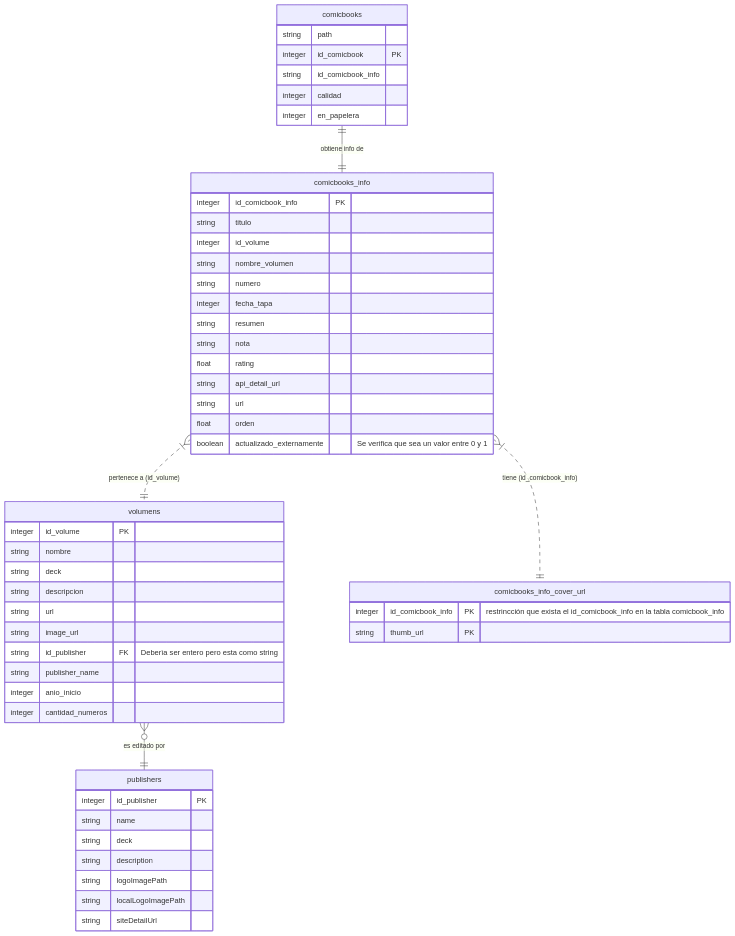
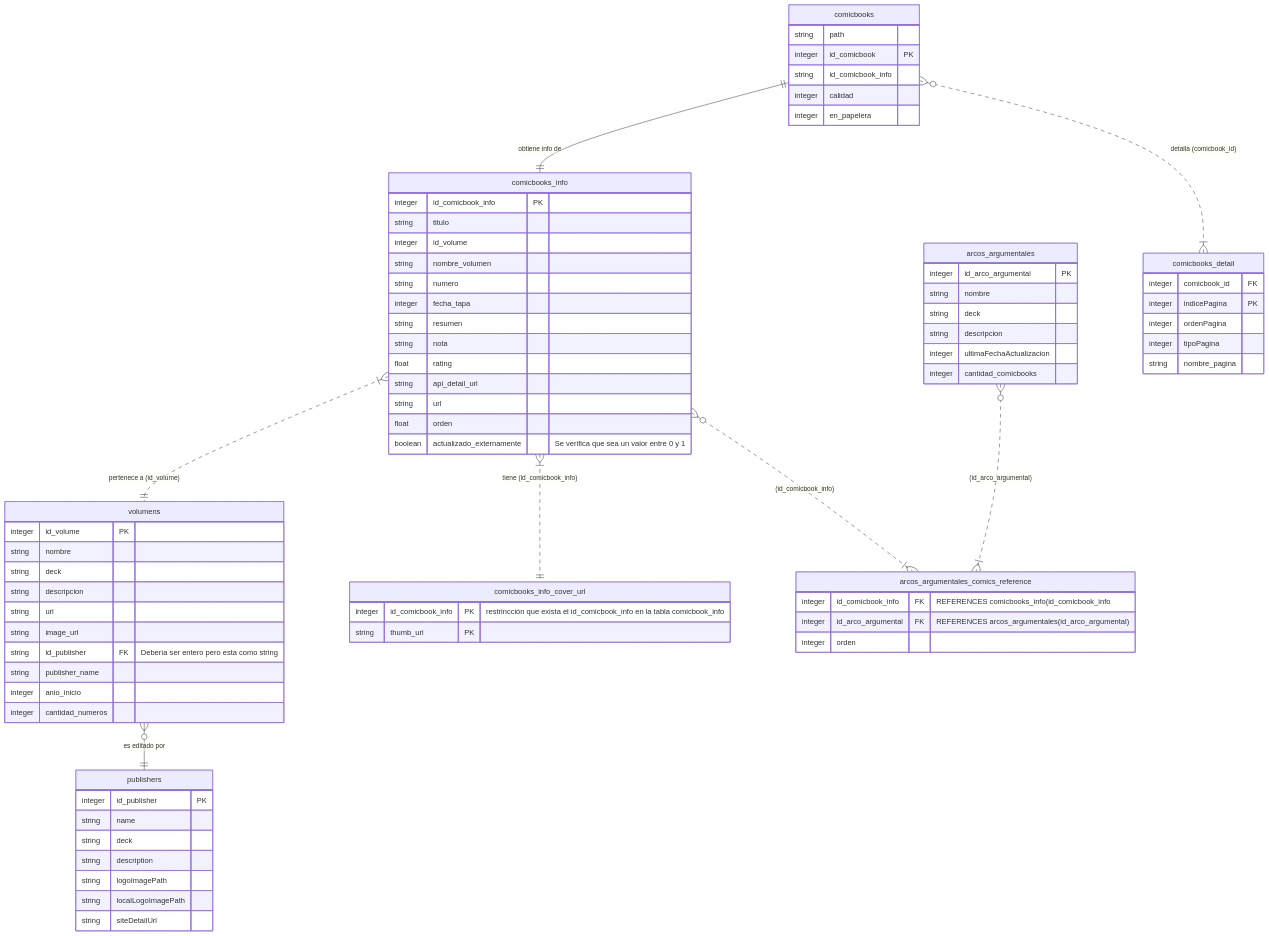
Before and after one commit to pclbusto/BabelComic-II: the diagram in README.md, drawn with Mermaid.

````diff
--- a/README.md
+++ b/README.md
@@ -55,5 +55,34 @@
  integer id_comicbook_info PK "restrincción que exista el id_comicbook_info en la tabla comicbook_info"
  string thumb_url PK
 }
+comicbooks_info }o..|{ arcos_argumentales_comics_reference: " (id_comicbook_info)"
+arcos_argumentales }o..|{ arcos_argumentales_comics_reference: " (id_arco_argumental)"
+
+arcos_argumentales_comics_reference{
+	integer id_comicbook_info FK "REFERENCES comicbooks_info(id_comicbook_info"
+	integer id_arco_argumental FK "REFERENCES arcos_argumentales(id_arco_argumental)"	
+	integer orden
+}
+
+
+arcos_argumentales  {
+	integer id_arco_argumental PK
+	string nombre
+	string deck
+	string descripcion
+	integer ultimaFechaActualizacion
+	integer cantidad_comicbooks
+}
+
+comicbooks }o..|{ comicbooks_detail: "detalla (comicbook_id)"
+
+comicbooks_detail {
+	integer comicbook_id FK
+	integer indicePagina PK
+	integer ordenPagina
+	integer tipoPagina
+	string nombre_pagina
+}
+
 
 ```
````
